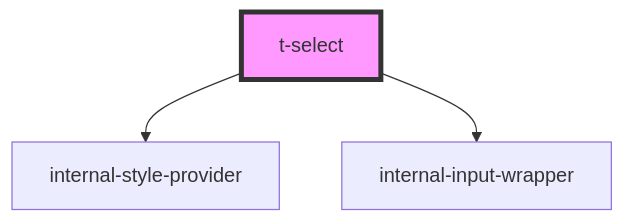
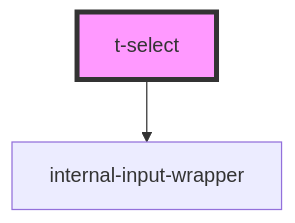
Before and after one commit to TomasEng/web-components: the diagram in packages/t-web-components/src/components/t-select/readme.md, drawn with Mermaid. The commit also changed other lines of this file and 63 other files, not shown here.

````diff
--- a/packages/t-web-components/src/components/t-select/readme.md
+++ b/packages/t-web-components/src/components/t-select/readme.md
@@ -27,6 +26,5 @@
 ```mermaid
 graph TD;
-  t-select --> internal-style-provider
   t-select --> internal-input-wrapper
   style t-select fill:#f9f,stroke:#333,stroke-width:4px
 ```
````
